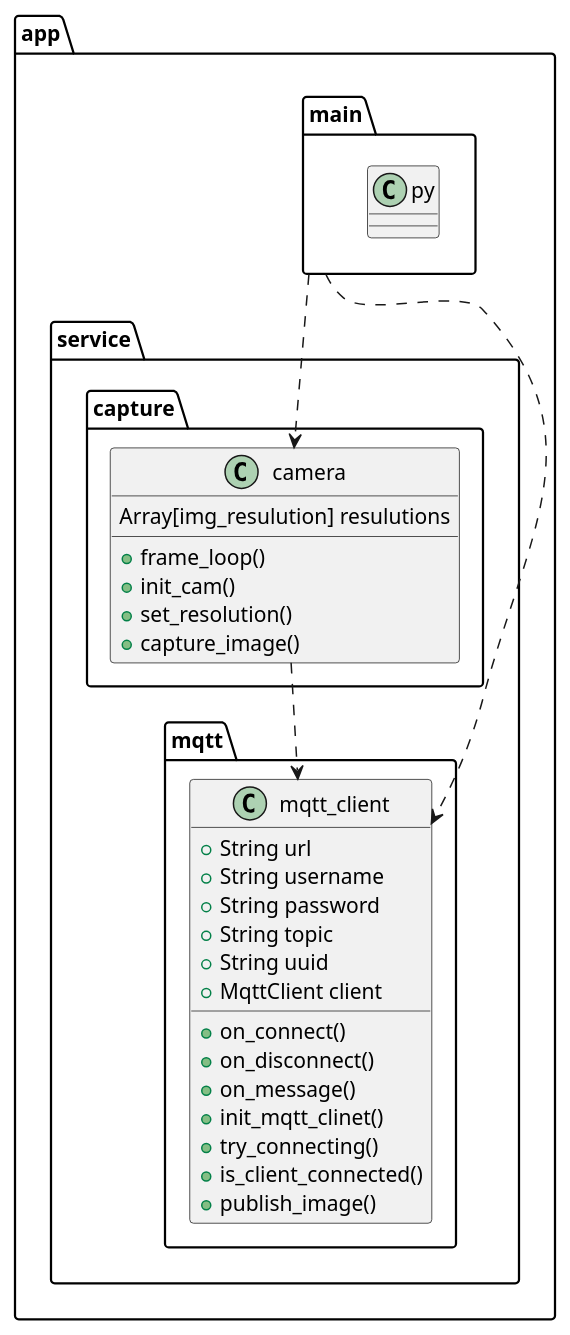
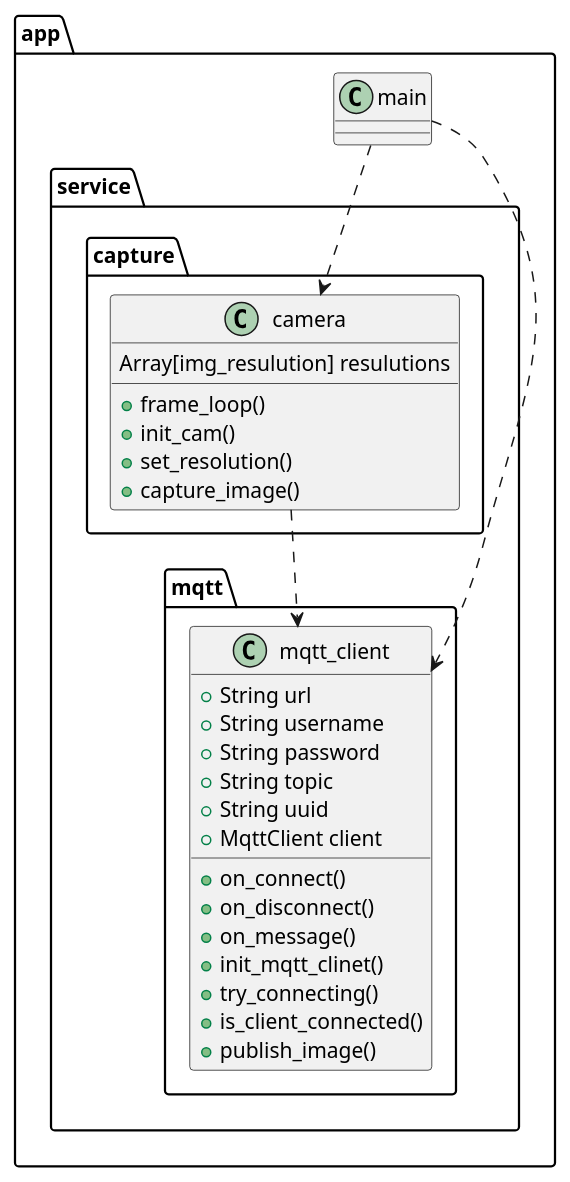
One commit to Marcey1611/stock-tracker-project-sysad-ws2425 changed the diagram in doc/documentation/services/cam_service/class_diagram.puml. Above: the diagram before and after it, drawn with PlantUML. The commit also changed 8 other files, not shown here.

Commit message:
SYSAD-54: Added pictures of some diagrams, renamed some markdown files, fixed class diagram of cam service and deleted unnecessary file from cam service

```diff
--- a/doc/documentation/services/cam_service/class_diagram.puml
+++ b/doc/documentation/services/cam_service/class_diagram.puml
@@ -1,40 +1,40 @@
 @startuml
 
 package app {
-class main.py
+class main
 }
 
 package app.service.capture{
 class camera{
   Array[img_resulution] resulutions
   + frame_loop()
   + init_cam()
   + set_resolution()
   + capture_image()
   }
   main ..> camera
   camera ..> app.service.mqtt.mqtt_client
 
 }
 
 package app.service.mqtt{
 class mqtt_client{
   + String url
   + String username
   + String password
   + String topic
   + String uuid
   + MqttClient client
 
   + on_connect()
   + on_disconnect()
   + on_message()
   + init_mqtt_clinet()
   + try_connecting()
   + is_client_connected()
   + publish_image()
   }
   main ..> mqtt_client
 }
 
 @enduml
```
